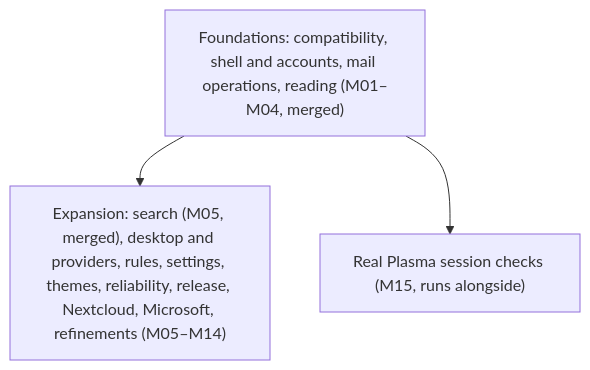
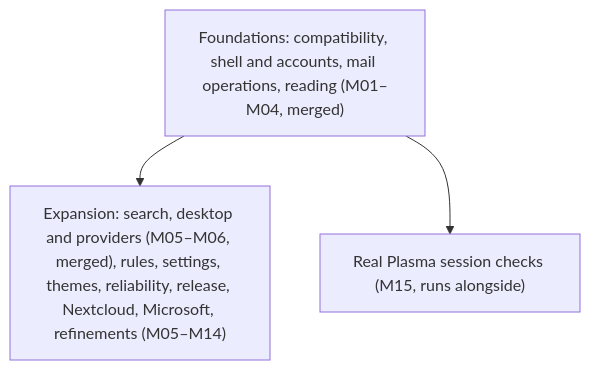
The diagram in docs/philosophy/scope.md (mikepadiernos/plasma-impresario), drawn with Mermaid before and after one commit. The commit also changed other lines of this file and 5 other files, not shown here.

````diff
--- a/docs/philosophy/scope.md
+++ b/docs/philosophy/scope.md
@@ -26,8 +26,8 @@
 ```mermaid
 flowchart TD
     F["Foundations: compatibility, shell and accounts, mail operations, reading (M01–M04, merged)"]
-    X["Expansion: search (M05, merged), desktop and providers, rules, settings, themes, reliability, release, Nextcloud, Microsoft, refinements (M05–M14)"]
+    X["Expansion: search, desktop and providers (M05–M06, merged), rules, settings, themes, reliability, release, Nextcloud, Microsoft, refinements (M05–M14)"]
     V["Real Plasma session checks (M15, runs alongside)"]
     F --> X
     F --> V
 ```
````
